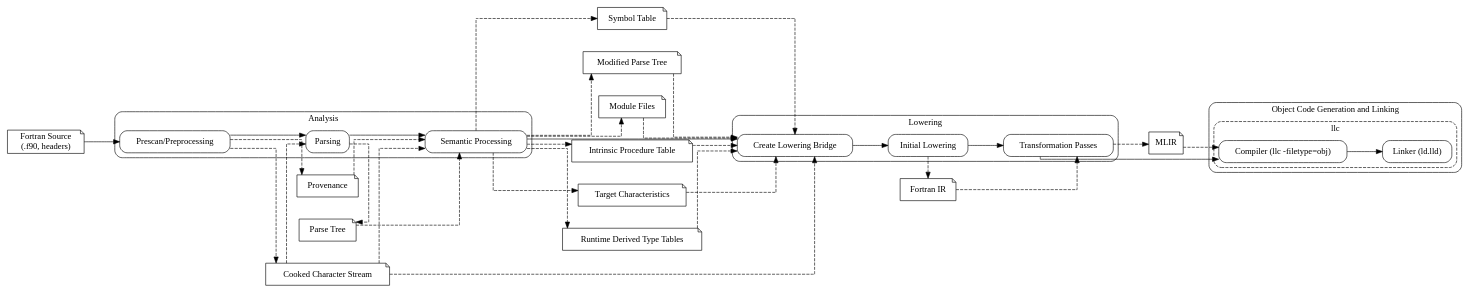
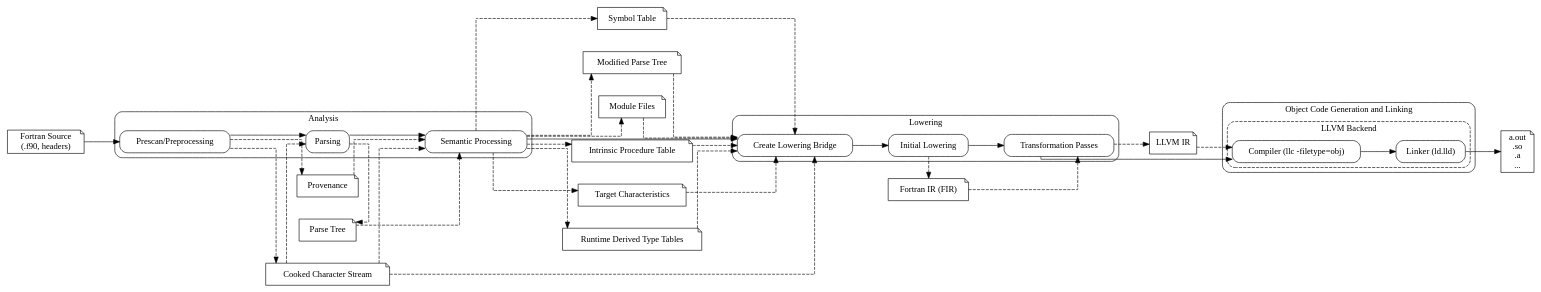
Before and after one commit to jfdev001/jfdev001.github.io: the diagram in _posts/2026-07-13-contributing-enzyme-ifx-2025-3_assets/full_expanded_flang.dot, drawn with Graphviz. The commit also changed 2 other files, not shown here.

Commit message:
include outputs in code graph, better naming

```diff
--- a/_posts/2026-07-13-contributing-enzyme-ifx-2025-3_assets/full_expanded_flang.dot
+++ b/_posts/2026-07-13-contributing-enzyme-ifx-2025-3_assets/full_expanded_flang.dot
@@ -1,190 +1,197 @@
 // @brief Expanded flang pipeline, I/O shown
 // https://github.com/llvm/llvm-project/blob/main/flang/docs/Overview.md
 digraph FlangPipeline {
     rankdir=LR;
     splines=ortho;
     nodesep=0.5;
     ranksep=0.8;
 
     node [shape=box, style="rounded"];
 
     // -------------
     // ANALYSIS 
     // -------------
 
     // input analysis phase 
     Source [label="Fortran Source\n(.f90, headers)"];
 
     subgraph cluster_analysis {
         label="Analysis";
         style=rounded;
 
         Prescan [
             label="Prescan/Preprocessing"
         ];
 
         Parsing [
             label="Parsing"
         ];
 
         SemanticProcessing [
             label="Semantic Processing"
         ];
     }
 
     // prescan outputs:
     CookedCharacterStream [
         label="Cooked Character Stream",
         shape=note
     ];
 
     Provenance [
         label="Provenance",
         shape=note
     ];
 
     Prescan -> CookedCharacterStream [style=dashed]
     CookedCharacterStream -> Parsing [style=dashed]
     CookedCharacterStream -> SemanticProcessing [style=dashed]
     CookedCharacterStream -> CreateLoweringBridge [style=dashed]
 
     Prescan -> Provenance[style=dashed]
     Provenance -> SemanticProcessing[style=dashed]
 
     // parsing outputs:
     ParseTree [
         label="Parse Tree",
         shape=note
     ];
 
     Parsing -> ParseTree [style=dashed]
     ParseTree -> SemanticProcessing [style=dashed]
 
     // semantic processing outputs:
     SymbolTable [
         label="Symbol Table",
         shape=note
     ];
 
     ModifiedParseTree [
         label="Modified Parse Tree",
         shape=note
     ];
 
     ModuleFiles [
         label="Module Files",
         shape=note
     ];
 
 
     IntrinsicProcedureTable [
         label="Intrinsic Procedure Table",
         shape=note
     ];
 
 
     TargetCharacteristics [
         label="Target Characteristics",
         shape=note
     ];
 
 
     RuntimeDerivedTypeTables [
         label="Runtime Derived Type Tables",
         shape=note
     ];
 
     SemanticProcessing -> SymbolTable [style=dashed]
     SemanticProcessing -> ModifiedParseTree [style=dashed]
     SemanticProcessing -> ModuleFiles [style=dashed]
     SemanticProcessing -> IntrinsicProcedureTable [style=dashed]
     SemanticProcessing -> TargetCharacteristics [style=dashed]
     SemanticProcessing -> RuntimeDerivedTypeTables [style=dashed]
 
     SymbolTable -> CreateLoweringBridge [style=dashed]
     ModifiedParseTree -> CreateLoweringBridge [style=dashed]
     ModuleFiles -> CreateLoweringBridge [style=dashed]
     IntrinsicProcedureTable -> CreateLoweringBridge [style=dashed]
     TargetCharacteristics -> CreateLoweringBridge [style=dashed]
     RuntimeDerivedTypeTables -> CreateLoweringBridge [style=dashed]
 
 
     // ---------------
     // LOWERING 
     // ---------------
 
     subgraph cluster_lowering {
         label="Lowering";
         style=rounded;
 
         CreateLoweringBridge [
             label="Create Lowering Bridge"
         ];
 
         InitialLowering [
             label="Initial Lowering"
         ];
 
         TransformationPasses [
             label="Transformation Passes"
         ];
     }
 
     // Lowering outputs
     FIR [ 
-        label="Fortran IR"
+        label="Fortran IR (FIR)"
         shape=note
     ];
 
-    MLIR [ 
-        label="MLIR",
+    LLVMIR [ 
+        label="LLVM IR",
         shape=note
     ]
 
     InitialLowering -> FIR [style=dashed]
     FIR -> TransformationPasses [style=dashed]
 
-    TransformationPasses -> MLIR [style=dashed]
-    MLIR -> Compiler [style=dashed]
+    TransformationPasses -> LLVMIR [style=dashed]
+    LLVMIR -> Compiler [style=dashed]
 
     // ----------
     // LLC 
     // ----------
     subgraph cluster_codegen {
         label="Object Code Generation and Linking";
         style=rounded;
 
-        subgraph cluster_llc {
-        label="llc";
+        subgraph cluster_llvm_backend {
+        label="LLVM Backend";
         style="rounded,dashed";
         Compiler [
             label="Compiler (llc -filetype=obj)"
         ];
 
         Linker [
             label="Linker (ld.lld)"
         ];
 
 
         Compiler -> Linker;
         }
     }
 
     // ---
     // Total pipeline
     // ---
     Source [shape=note]
 
     // Analysis
     Source -> Prescan;
     Prescan -> Parsing;
     Parsing -> SemanticProcessing;
 
     // lowering
     SemanticProcessing -> CreateLoweringBridge;
     CreateLoweringBridge -> InitialLowering;
     InitialLowering -> TransformationPasses;
 
     // code generation
     TransformationPasses -> Compiler;
+
+    // using cmake syntax: add_executable, add_target(shared lib...)
+    Outputs [
+        label="a.out\n.so\n.a\n...";
+        shape=note
+    ]
+    Linker -> Outputs;
 }
```
